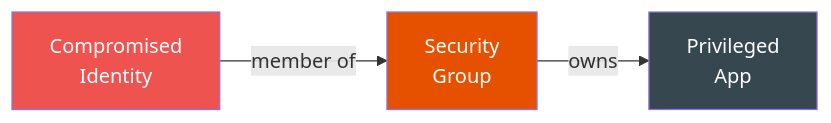
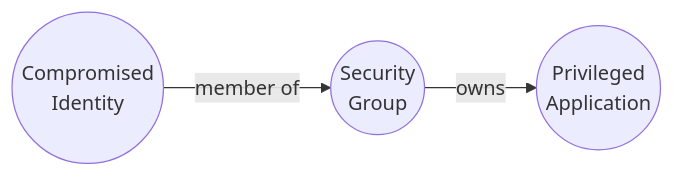
The sixth of 6 diagrams in docs/attack-paths/app-ownership-abuse.md (mvelazc0/BadZure), drawn with Mermaid before and after one commit. The commit also changed other lines of this file and 5 other files, not shown here.

Commit message:
improving documentation graphs

````diff
--- a/docs/attack-paths/app-ownership-abuse.md
+++ b/docs/attack-paths/app-ownership-abuse.md
@@ -105,9 +91,5 @@
     ``` mermaid
     graph LR
-        U["Compromised<br/>Identity"] -->|"member of"| G["Security<br/>Group"]
-        G -->|"owns"| APP["Privileged<br/>App"]
-
-        style U fill:#ef5350,color:#fff
-        style G fill:#e65100,color:#fff
-        style APP fill:#37474f,color:#fff
+        U(("Compromised<br/>Identity")) -->|"member of"| G(("Security<br/>Group"))
+        G -->|"owns"| APP(("Privileged<br/>Application"))
     ```
````
